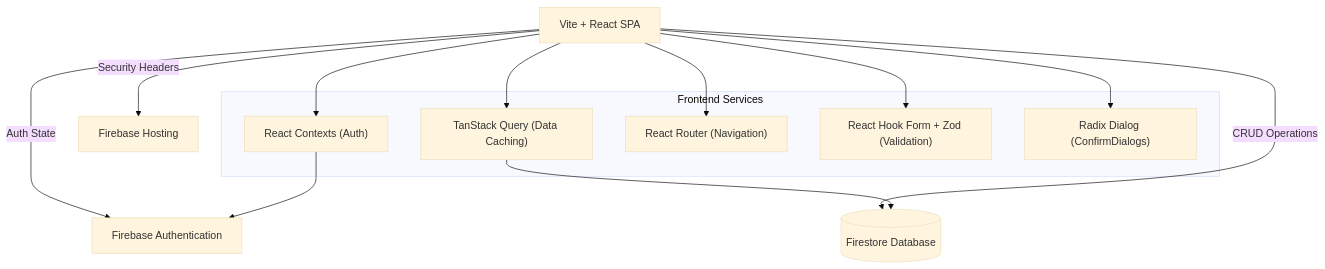
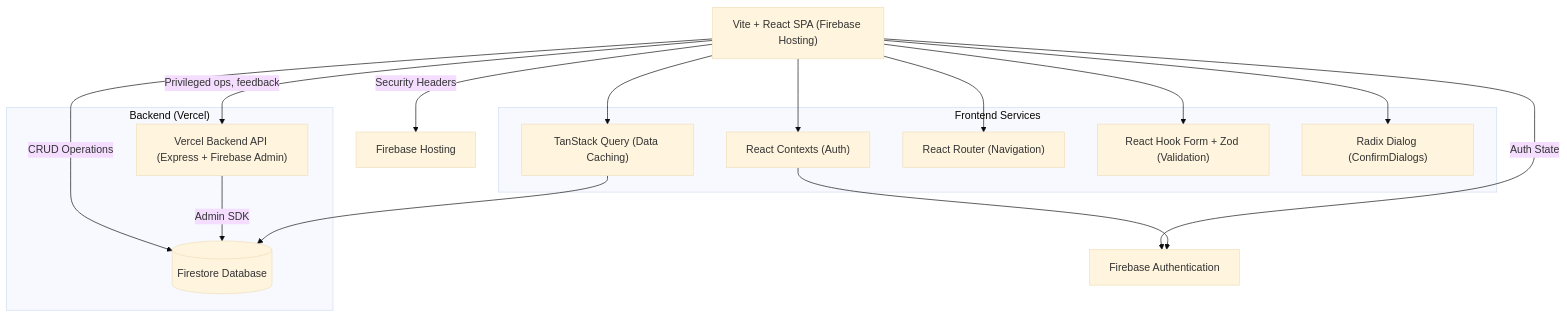
One commit to AryanPatelOnGIT/TL-Makerspace changed the first of 2 diagrams in ARCHITECTURE.md. Above: the diagram before and after it, drawn with Mermaid (base theme). The commit also changed other lines of this file and 13 other files, not shown here.

First line of the commit message:
feat(hosting): split frontend (Firebase) and backend (Vercel)

````diff
--- a/ARCHITECTURE.md
+++ b/ARCHITECTURE.md
@@ -5,23 +5,28 @@
 ```mermaid
 flowchart TD
-    Client["Vite + React SPA"] -->|Auth State| FirebaseAuth["Firebase Authentication"]
+    Client["Vite + React SPA (Firebase Hosting)"] -->|Auth State| FirebaseAuth["Firebase Authentication"]
     Client -->|CRUD Operations| FirestoreDB[("Firestore Database")]
     Client -->|Security Headers| FirebaseHosting["Firebase Hosting"]
+    Client -->|Privileged ops, feedback| VercelAPI["Vercel Backend API (Express + Firebase Admin)"]
+    
+    subgraph "Backend (Vercel)"
+        VercelAPI -->|Admin SDK| FirestoreDB
+    end
     
     subgraph "Frontend Services"
         Contexts["React Contexts (Auth)"]
         Query["TanStack Query (Data Caching)"]
         Router["React Router (Navigation)"]
         Forms["React Hook Form + Zod (Validation)"]
         Modals["Radix Dialog (ConfirmDialogs)"]
     end
     
     Client --> Contexts
     Client --> Query
     Client --> Router
     Client --> Forms
     Client --> Modals
     
     Query --> FirestoreDB
     Contexts --> FirebaseAuth
 ```
````
